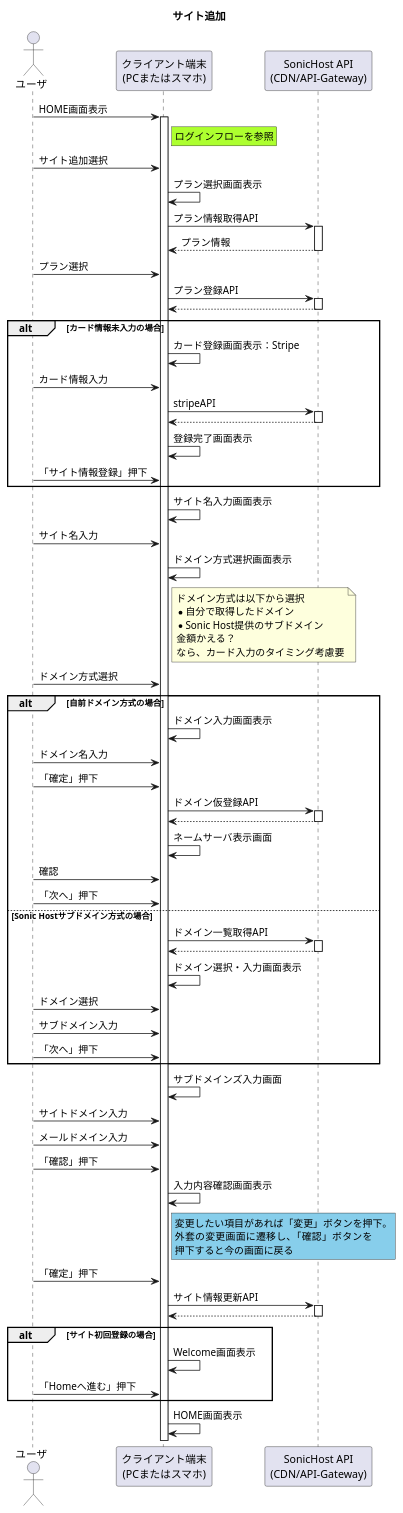
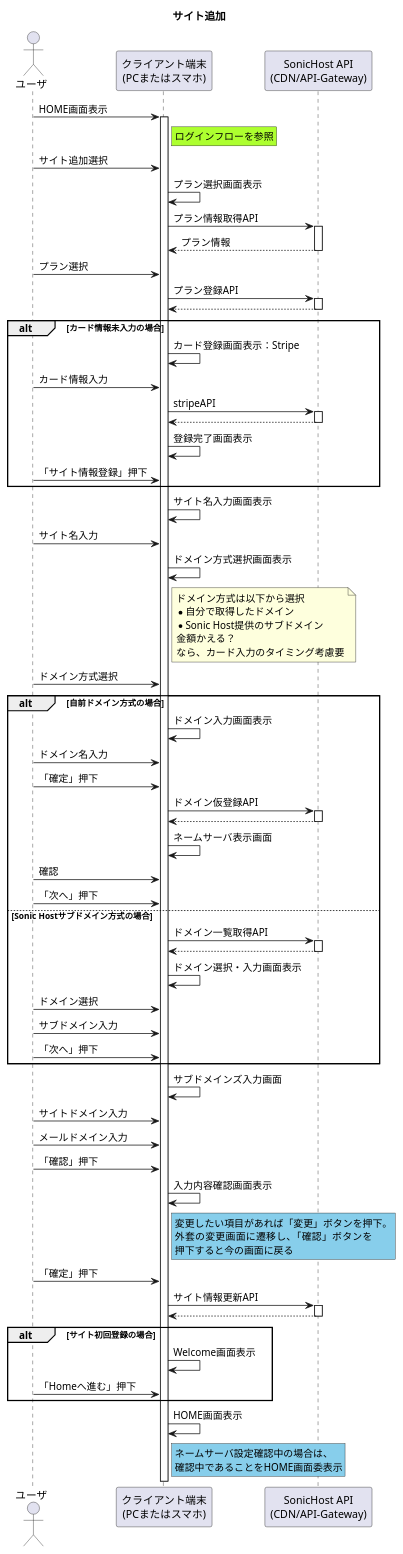
Before and after one commit to Sonic-Host/documents: the diagram in 01_Sequences/04_SiteRegistration/01_AddSite/addSiteFlow.pu, drawn with PlantUML.

Commit message:
ネームサーバ確認中の場合をメモで追加

```diff
--- a/01_Sequences/04_SiteRegistration/01_AddSite/addSiteFlow.pu
+++ b/01_Sequences/04_SiteRegistration/01_AddSite/addSiteFlow.pu
@@ -1,77 +1,81 @@
 @startuml  サイト追加
 title サイト追加
 
 ' アクター定義
 actor "ユーザ" as user
 participant "クライアント端末\n(PCまたはスマホ)" as device
 participant "SonicHost API\n(CDN/API-Gateway)" as api
 
 
 user -> device ++: HOME画面表示
 rnote right of device #GreenYellow
     ログインフローを参照
 end note
 user -> device : サイト追加選択
 
 device -> device : プラン選択画面表示
 device -> api ++ : プラン情報取得API
 device <-- api -- : プラン情報
 user -> device : プラン選択
 device -> api ++ : プラン登録API
 device <-- api -- 
 alt カード情報未入力の場合
     device -> device : カード登録画面表示：Stripe
     user -> device : カード情報入力
     device -> api ++ : stripeAPI
     device <-- api -- 
     device -> device : 登録完了画面表示
     user -> device : 「サイト情報登録」押下
 end 
 device -> device : サイト名入力画面表示
 user -> device : サイト名入力
 device -> device : ドメイン方式選択画面表示
 note right of device 
     ドメイン方式は以下から選択
     * 自分で取得したドメイン
     * Sonic Host提供のサブドメイン
     金額かえる？
     なら、カード入力のタイミング考慮要
 end note
 user -> device : ドメイン方式選択
 alt 自前ドメイン方式の場合
     device -> device :ドメイン入力画面表示
     user -> device : ドメイン名入力
     user -> device : 「確定」押下
     device -> api ++ : ドメイン仮登録API
     device <-- api -- 
     device -> device : ネームサーバ表示画面
     user -> device : 確認
     user -> device : 「次へ」押下
 else Sonic Hostサブドメイン方式の場合
     device -> api ++ : ドメイン一覧取得API
     device <-- api -- 
     device -> device : ドメイン選択・入力画面表示
     user -> device : ドメイン選択
     user -> device : サブドメイン入力
     user -> device : 「次へ」押下
 end 
 device -> device : サブドメインズ入力画面
 user -> device : サイトドメイン入力
 user -> device : メールドメイン入力
 user -> device : 「確認」押下
 device -> device : 入力内容確認画面表示
 rnote right of device #SkyBlue
     変更したい項目があれば「変更」ボタンを押下。
     外套の変更画面に遷移し、「確認」ボタンを
     押下すると今の画面に戻る
 end note
 user -> device : 「確定」押下
 device -> api ++ : サイト情報更新API
 device <-- api -- 
 alt サイト初回登録の場合
     device -> device : Welcome画面表示
     user -> device : 「Homeへ進む」押下
 end 
 device -> device : HOME画面表示
+rnote right of device #SkyBlue
+    ネームサーバ設定確認中の場合は、
+    確認中であることをHOME画面委表示
+end note
 
 @enduml
```
